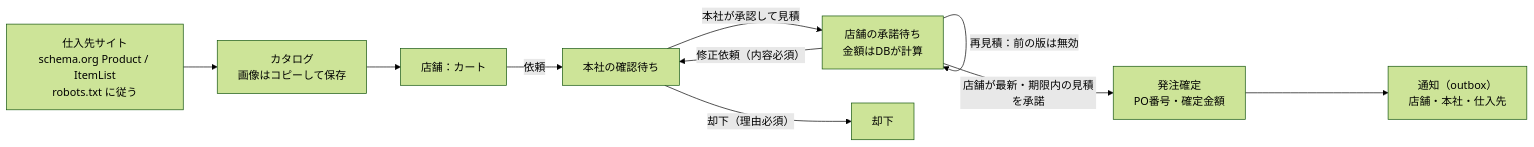
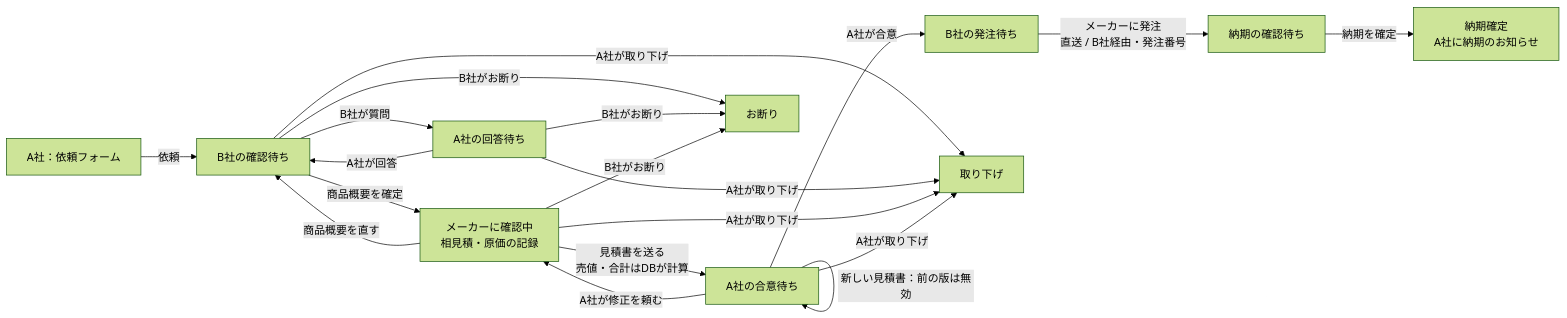
One commit to Ryou-Koshimizu/japanese-procurement-workflow changed the diagram in README.md. Above: the diagram before and after it, drawn with Mermaid (forest theme). The commit also changed other lines of this file and 1 other file, not shown here.

First line of the commit message:
docs: README and requirements for the agency flow

````diff
--- a/README.md
+++ b/README.md
@@ -71,12 +30,16 @@
 ```mermaid
 flowchart LR
-    C["仕入先サイト<br/>schema.org Product / ItemList<br/>robots.txt に従う"] --> K["カタログ<br/>画像はコピーして保存"]
-    K --> D["店舗：カート"]
-    D -->|依頼| R["本社の確認待ち"]
-    R -->|本社が承認して見積| Q["店舗の承諾待ち<br/>金額はDBが計算"]
-    R -->|却下（理由必須）| X["却下"]
-    Q -->|再見積：前の版は無効| Q
-    Q -->|修正依頼（内容必須）| R
-    Q -->|店舗が最新・期限内の見積を承諾| O["発注確定<br/>PO番号・確定金額"]
-    O --> N["通知（outbox）<br/>店舗・本社・仕入先"]
+    A["A社：依頼フォーム"] -->|依頼| R["B社の確認待ち"]
+    R -->|B社が質問| H["A社の回答待ち"]
+    H -->|A社が回答| R
+    R -->|商品概要を確定| S["メーカーに確認中<br/>相見積・原価の記録"]
+    S -->|商品概要を直す| R
+    S -->|見積書を送る<br/>売値・合計はDBが計算| Q["A社の合意待ち"]
+    Q -->|新しい見積書：前の版は無効| Q
+    Q -->|A社が修正を頼む| S
+    Q -->|A社が合意| G["B社の発注待ち"]
+    G -->|メーカーに発注<br/>直送 / B社経由・発注番号| O["納期の確認待ち"]
+    O -->|納期を確定| D["納期確定<br/>A社に納期のお知らせ"]
+    R & H & S -->|B社がお断り| X["お断り"]
+    R & H & S & Q -->|A社が取り下げ| C["取り下げ"]
 ```
````
